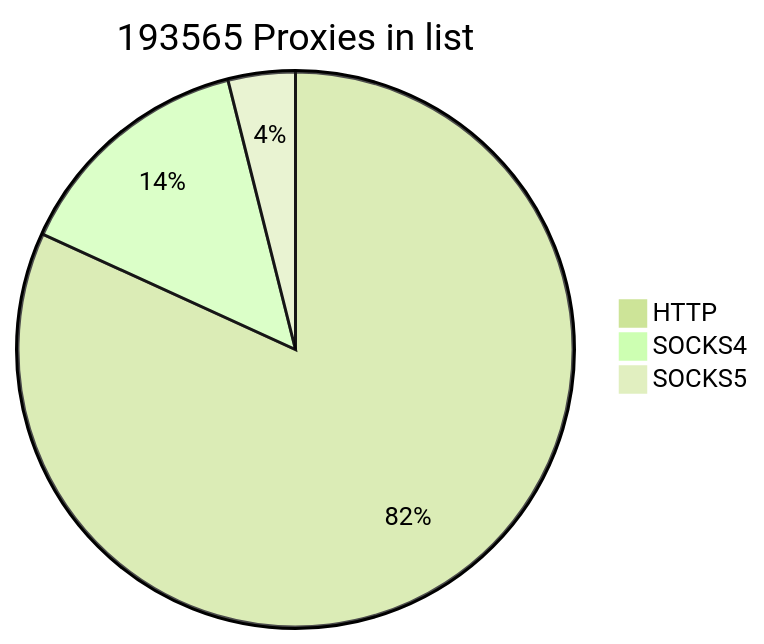
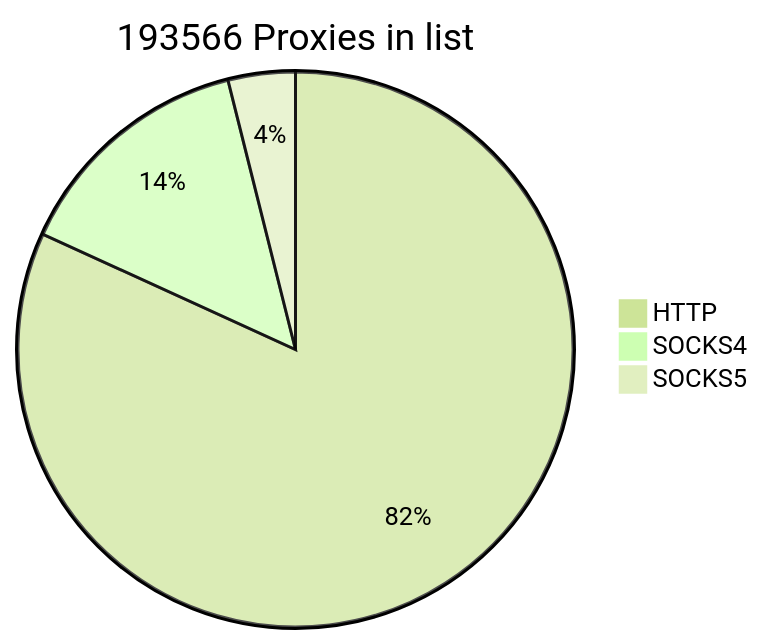
One commit to cutipu/proxylist changed the first of 2 diagrams in README.md. Above: the diagram before and after it, drawn with Mermaid (forest theme). The commit also changed other lines of this file, not shown here.

````diff
--- a/README.md
+++ b/README.md
@@ -2,7 +2,7 @@
 ```mermaid
-pie title 193565 Proxies in list
-    "HTTP" : 158362
-    "SOCKS4" : 27635
-    "SOCKS5" : 7568
+pie title 193566 Proxies in list
+    "HTTP" : 158363
+    "SOCKS4" : 27636
+    "SOCKS5" : 7567
             
 ```
````
